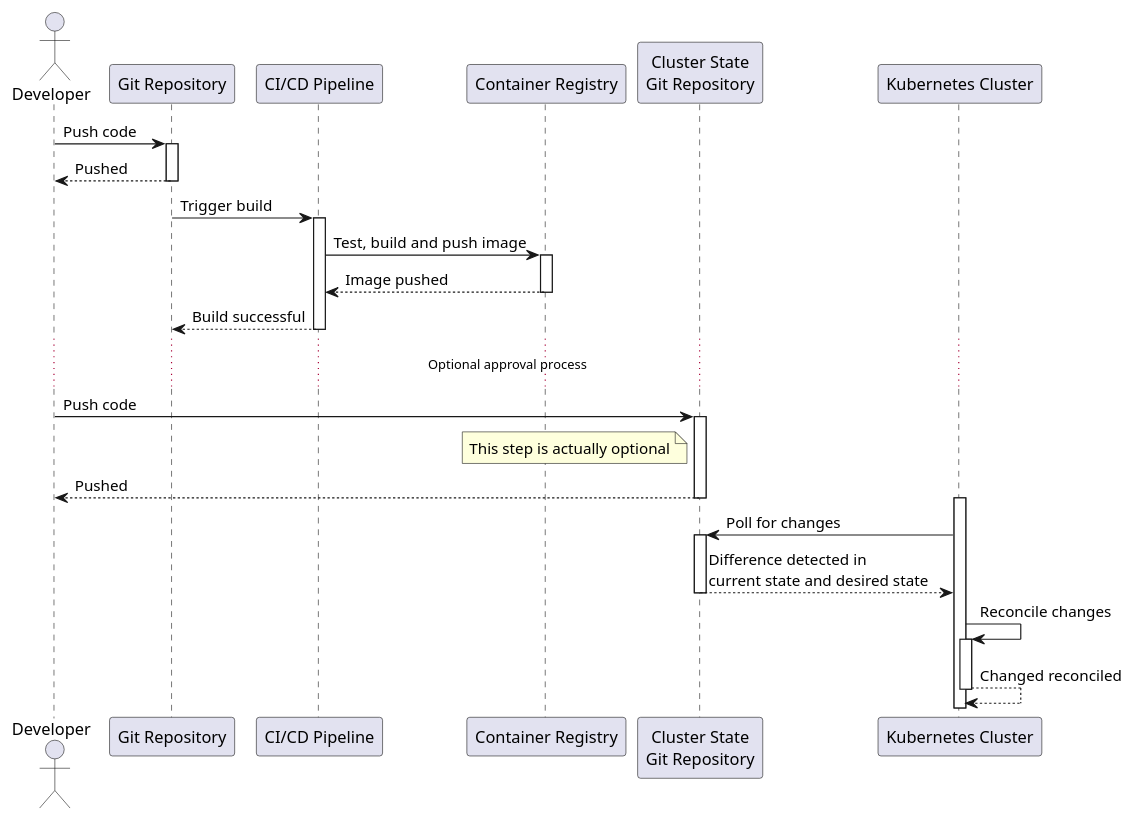
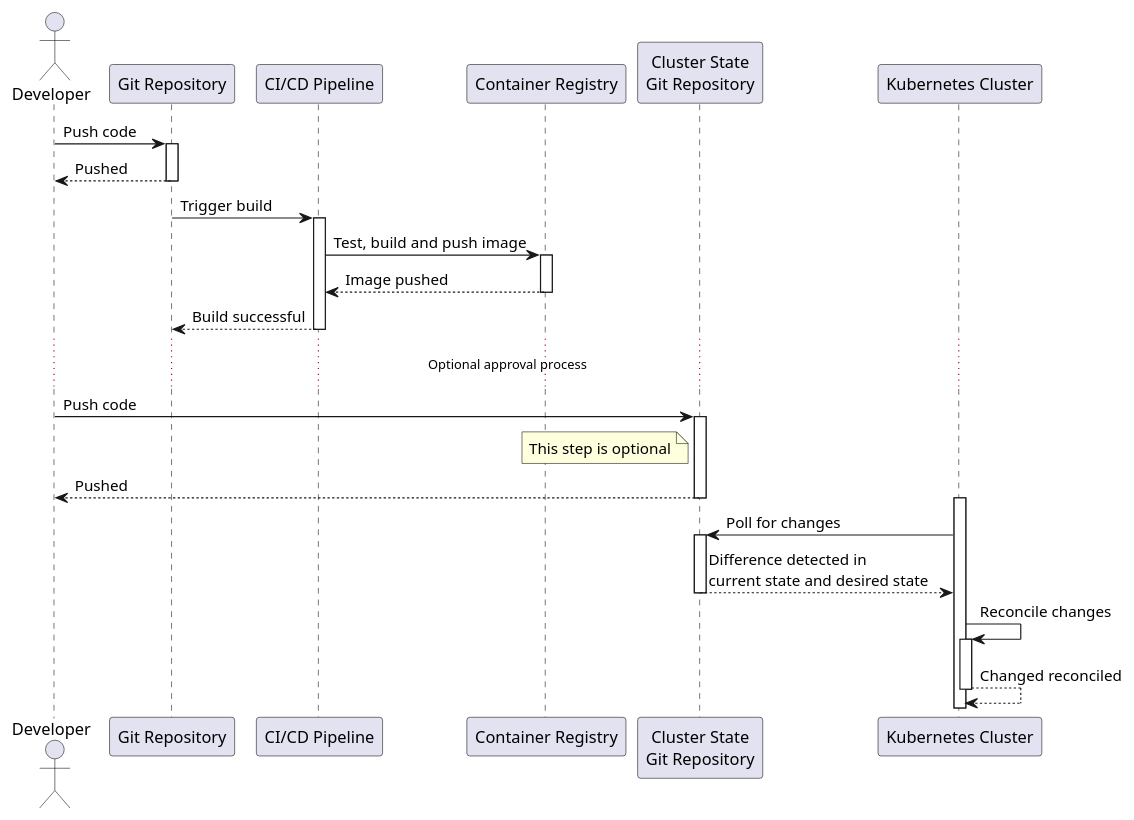
The second of 2 diagrams in _posts/2024-11-21-flux-and-gitops.adoc (cristianrgreco/cristianrgreco.github.io-), drawn with PlantUML before and after one commit. The commit also changed other lines of this file, not shown here.

```diff
--- a/_posts/2024-11-21-flux-and-gitops.adoc
+++ b/_posts/2024-11-21-flux-and-gitops.adoc
@@ -69,31 +69,31 @@
 [plantuml, format=svg]
 ----
 autoactivate on
 Actor Developer
 Participant "Git Repository" as Git
 Participant "CI/CD Pipeline" as Pipeline
 Participant "Container Registry" as Registry
 Participant "Cluster State\nGit Repository" as CGit
 Participant "Kubernetes Cluster" as Cluster
 
 Developer -> Git: Push code
 return Pushed
 
 Git -> Pipeline: Trigger build
 Pipeline -> Registry: Test, build and push image
 return Image pushed
 return Build successful
 
 ...Optional approval process...
 
 Developer -> CGit: Push code
-note left of CGit: This step is actually optional
+note left of CGit: This step is optional
 return Pushed
 
 activate Cluster
 Cluster -> CGit: Poll for changes
 return Difference detected in\ncurrent state and desired state
 
 Cluster -> Cluster: Reconcile changes
 return Changed reconciled
 ----
```
